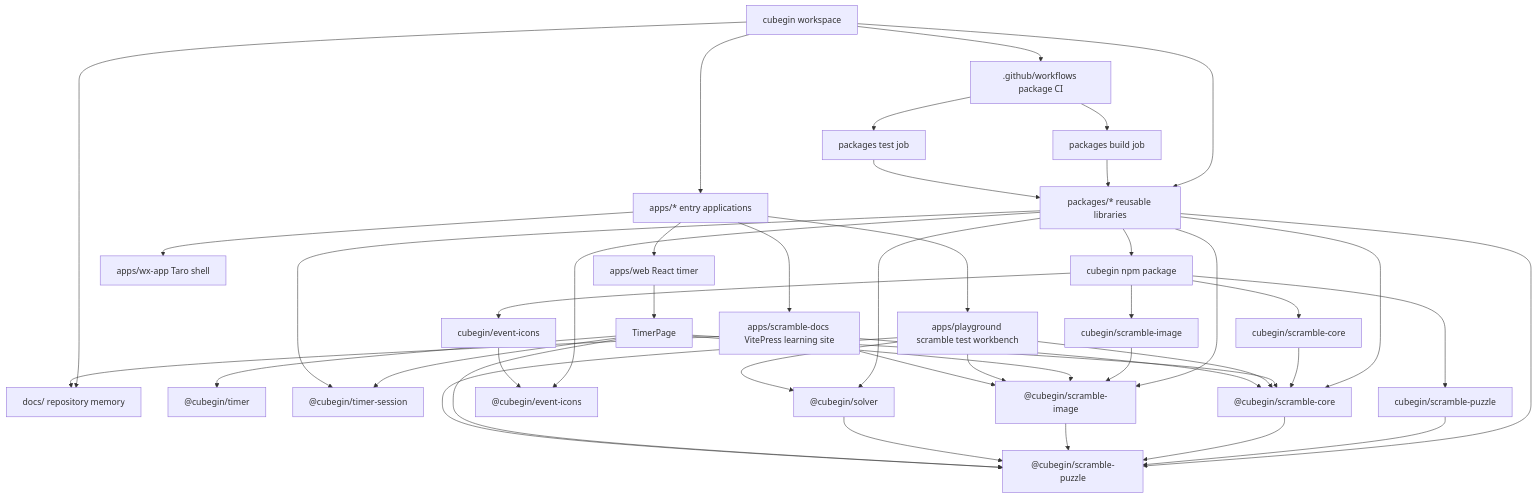
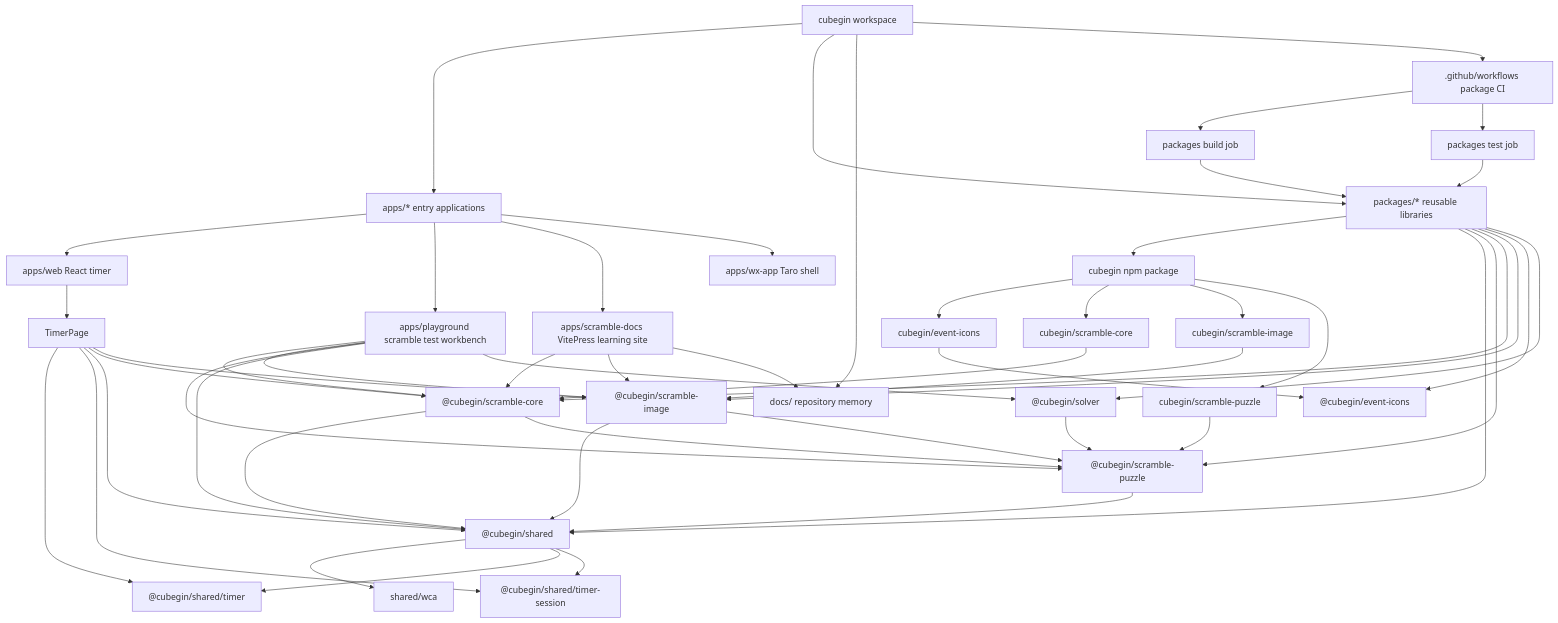
The diagram in docs/project-structure.md (deweyou/cube-kit), drawn with Mermaid before and after one commit. The commit also changed other lines of this file and 67 other files, not shown here.

````diff
--- a/docs/project-structure.md
+++ b/docs/project-structure.md
@@ -3,46 +3,53 @@
 ```mermaid
 flowchart TD
     Root["cubegin workspace"] --> Apps["apps/* entry applications"]
     Root --> Packages["packages/* reusable libraries"]
     Root --> Docs["docs/ repository memory"]
     Root --> Ci[".github/workflows package CI"]
     Apps --> Web["apps/web React timer"]
     Apps --> Playground["apps/playground scramble test workbench"]
     Apps --> ScrambleDocs["apps/scramble-docs VitePress learning site"]
     Apps --> Wx["apps/wx-app Taro shell"]
     Web --> TimerPage["TimerPage"]
-    TimerPage --> TimerPkg["@cubegin/timer"]
-    TimerPage --> TimerSessionPkg["@cubegin/timer-session"]
+    TimerPage --> SharedTimer["@cubegin/shared/timer"]
+    TimerPage --> SharedTimerSession["@cubegin/shared/timer-session"]
     Packages --> PublicCore["cubegin npm package"]
-    Packages --> TimerSessionPkg
+    Packages --> SharedPkg["@cubegin/shared"]
     Packages --> PuzzlePkg["@cubegin/scramble-puzzle"]
     Packages --> CorePkg["@cubegin/scramble-core"]
     Packages --> ImagePkg["@cubegin/scramble-image"]
     Packages --> EventIconsPkg["@cubegin/event-icons"]
     Packages --> SolverPkg["@cubegin/solver"]
     PublicCore --> IconPath["cubegin/event-icons"]
     PublicCore --> CorePath["cubegin/scramble-core"]
     PublicCore --> ImagePath["cubegin/scramble-image"]
     PublicCore --> PuzzlePath["cubegin/scramble-puzzle"]
     CorePath --> CorePkg
     ImagePath --> ImagePkg
     PuzzlePath --> PuzzlePkg
     IconPath --> EventIconsPkg
+    SharedPkg --> SharedWca["shared/wca"]
+    SharedPkg --> SharedTimer
+    SharedPkg --> SharedTimerSession
+    CorePkg --> SharedPkg
     CorePkg --> PuzzlePkg
+    ImagePkg --> SharedPkg
     ImagePkg --> PuzzlePkg
     SolverPkg --> PuzzlePkg
+    PuzzlePkg --> SharedPkg
+    TimerPage --> SharedPkg
     TimerPage --> CorePkg
     TimerPage --> ImagePkg
-    TimerPage --> PuzzlePkg
     Playground --> CorePkg
     Playground --> ImagePkg
     Playground --> PuzzlePkg
+    Playground --> SharedPkg
     Playground --> SolverPkg
     ScrambleDocs --> CorePkg
     ScrambleDocs --> ImagePkg
     ScrambleDocs --> Docs
     Ci --> PackageBuild["packages build job"]
     Ci --> PackageTest["packages test job"]
     PackageBuild --> Packages
     PackageTest --> Packages
 ```
````
